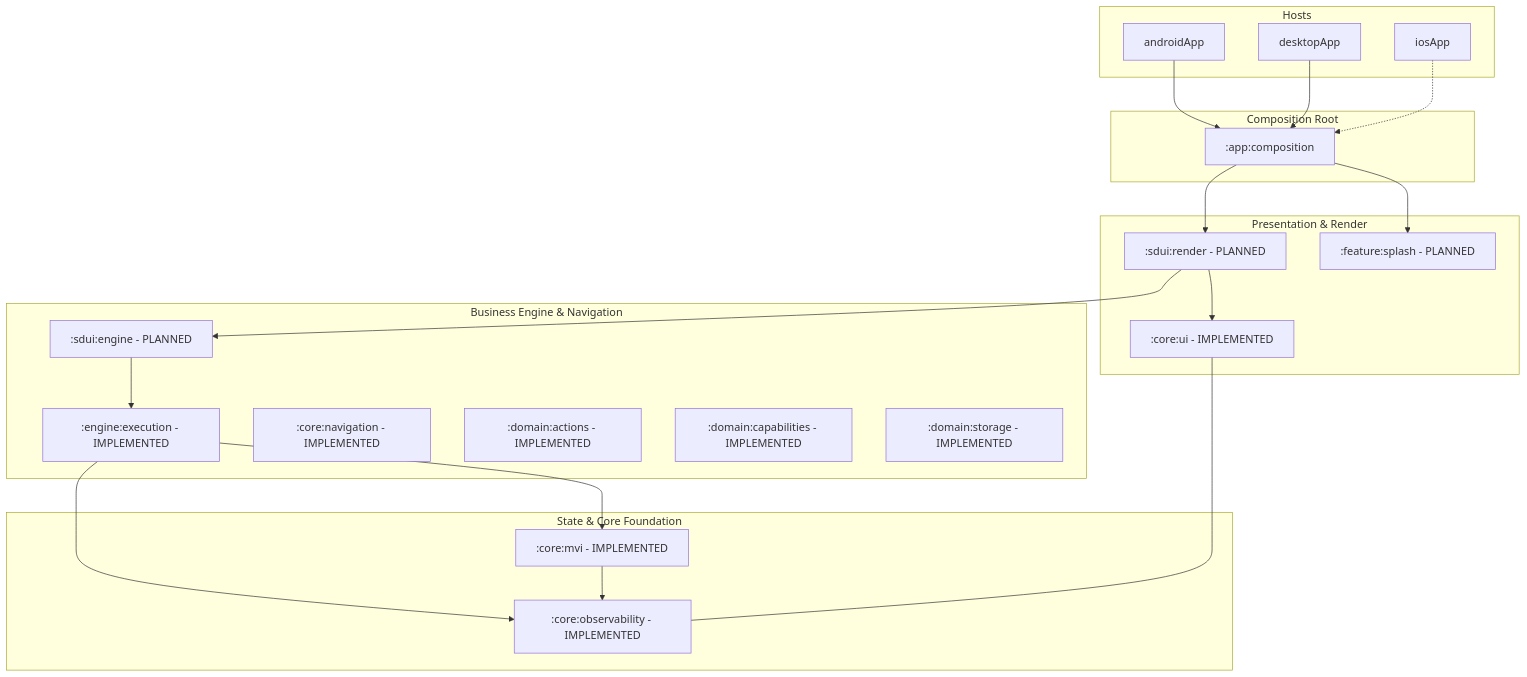
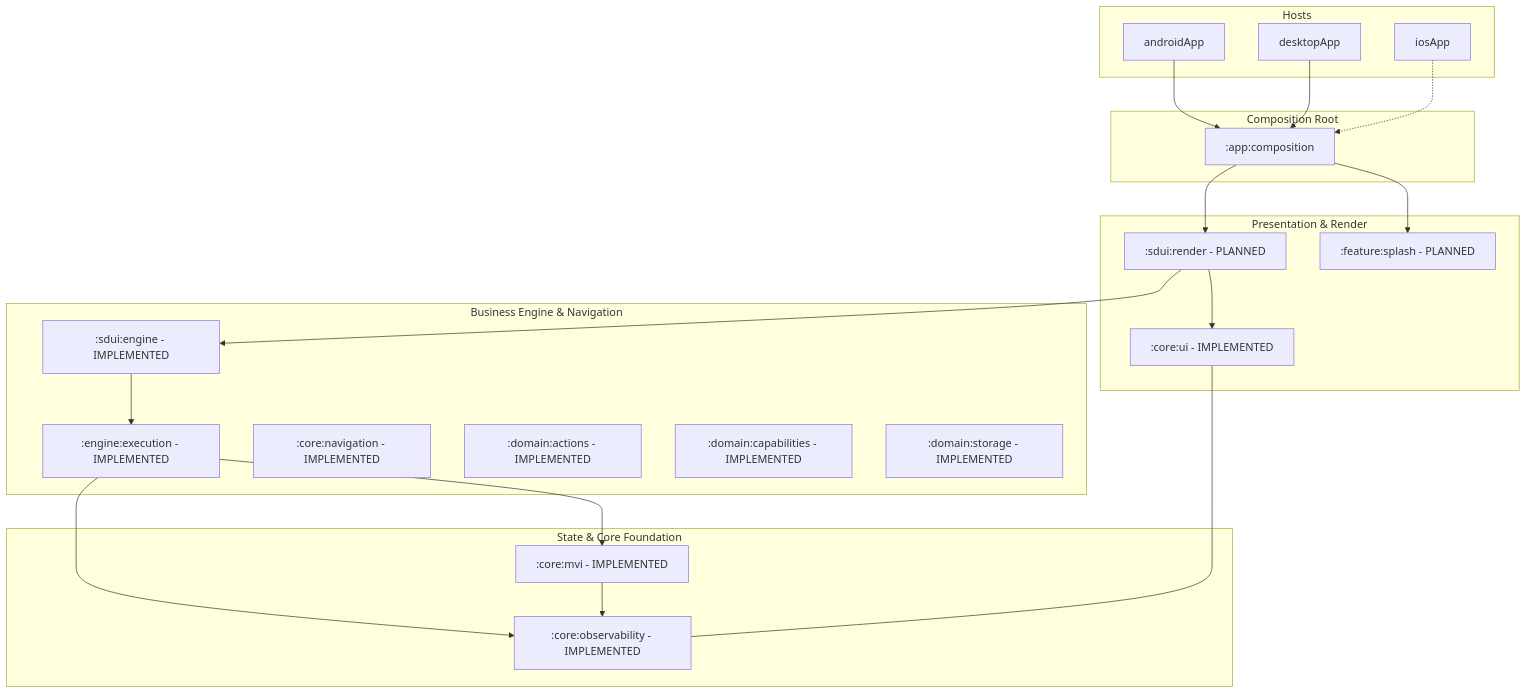
One commit to LalitDev2305/CarBroz-Partner-New changed the diagram in README.md. Above: the diagram before and after it, drawn with Mermaid. The commit also changed other lines of this file and 19 other files, not shown here.

Commit message:
feat(sdui): establish canonical server-driven UI engine

````diff
--- a/README.md
+++ b/README.md
@@ -116,48 +116,48 @@
 ```mermaid
 graph TD
     subgraph Hosts
         A[androidApp]
         D[desktopApp]
         I[iosApp]
     end
 
     subgraph Composition Root
         C[:app:composition]
     end
 
     subgraph Presentation & Render
         S[:sdui:render - PLANNED]
         UI[:core:ui - IMPLEMENTED]
         F[:feature:splash - PLANNED]
     end
 
     subgraph Business Engine & Navigation
-        SE[:sdui:engine - PLANNED]
+        SE[:sdui:engine - IMPLEMENTED]
         CR[:engine:execution - IMPLEMENTED]
 
         CN[:core:navigation - IMPLEMENTED]
         ACT[:domain:actions - IMPLEMENTED]
         CAP[:domain:capabilities - IMPLEMENTED]
         STO[:domain:storage - IMPLEMENTED]
     end
 
 
 
     subgraph State & Core Foundation
         MVI[:core:mvi - IMPLEMENTED]
         OBS[:core:observability - IMPLEMENTED]
     end
 
     A --> C
     D --> C
     I -.-> C
     C --> F
     C --> S
     S --> SE
     S --> UI
     SE --> CR
     CR --> MVI
     CR --> OBS
     MVI --> OBS
     UI --- OBS
 ```
````
